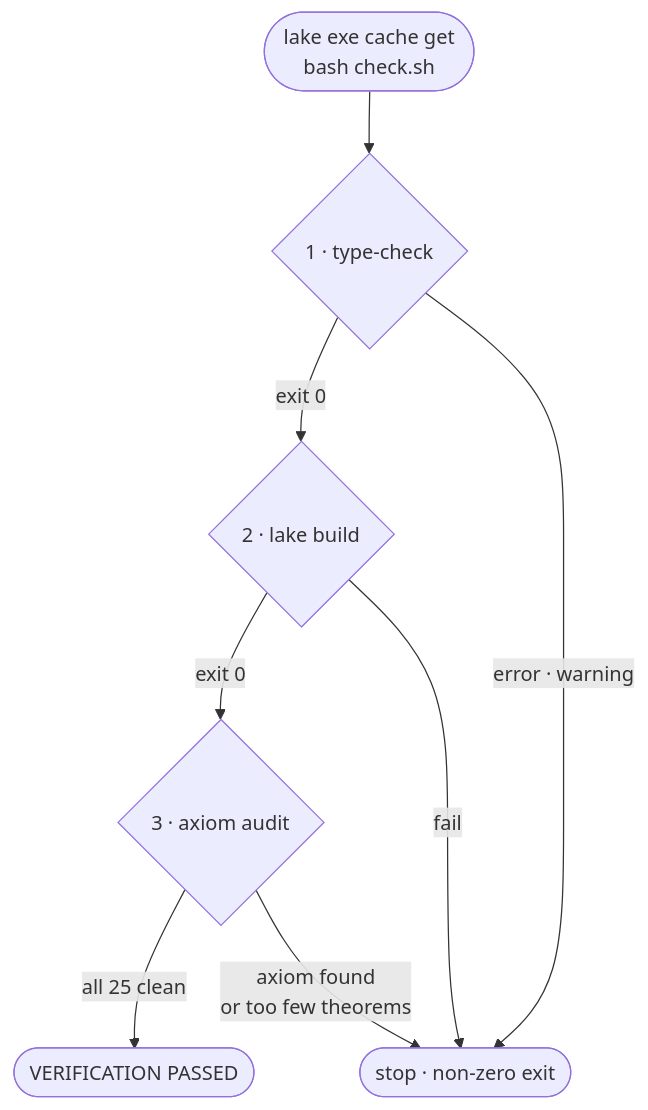
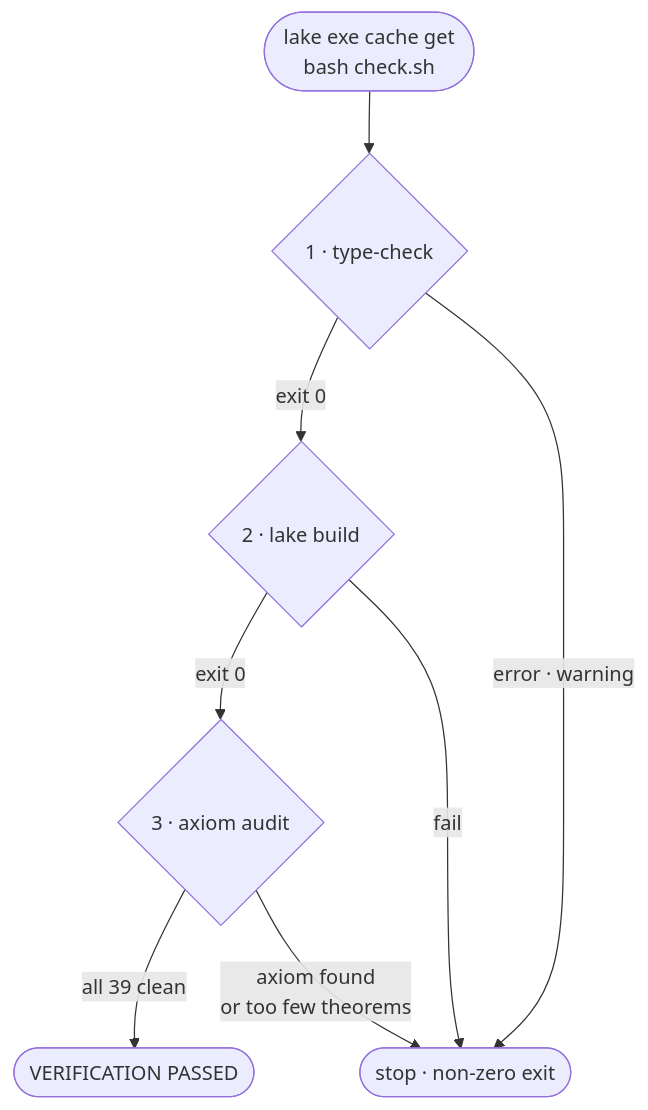
Before and after one commit to ekoshv/actuality-and-necessary-ground-lean4: the sixth of 6 diagrams in README.md, drawn with Mermaid. The commit also changed other lines of this file and 11 other files, not shown here.

````diff
--- a/README.md
+++ b/README.md
@@ -322,10 +370,10 @@
 ```mermaid
 flowchart TD
     Start(["lake exe cache get<br/>bash check.sh"]) --> G1{"1 · type-check"}
     G1 -->|"exit 0"| G2{"2 · lake build"}
     G1 -->|"error · warning"| Stop([stop · non-zero exit])
     G2 -->|"exit 0"| G3{"3 · axiom audit"}
     G2 -->|fail| Stop
-    G3 -->|"all 25 clean"| Pass([VERIFICATION PASSED])
+    G3 -->|"all 39 clean"| Pass([VERIFICATION PASSED])
     G3 -->|"axiom found<br/>or too few theorems"| Stop
 ```
````
